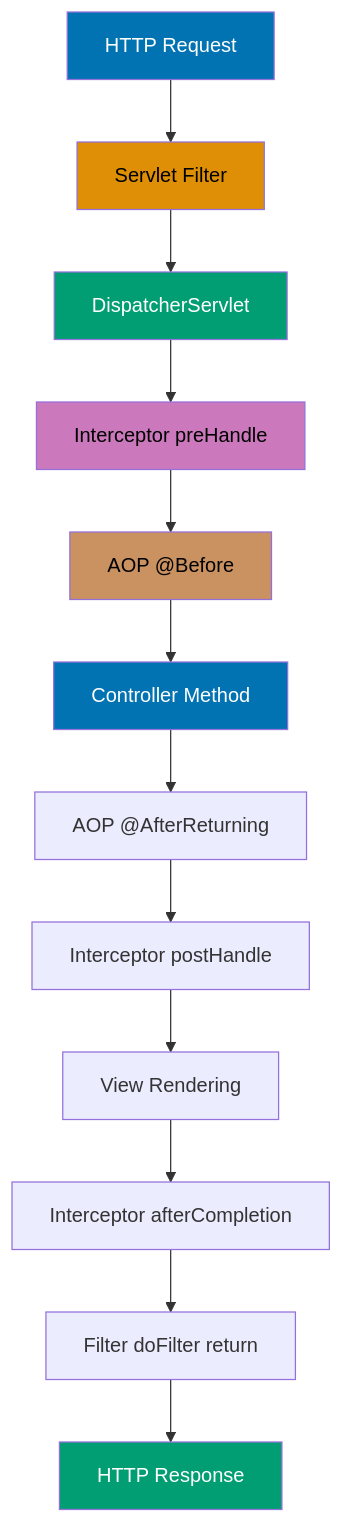
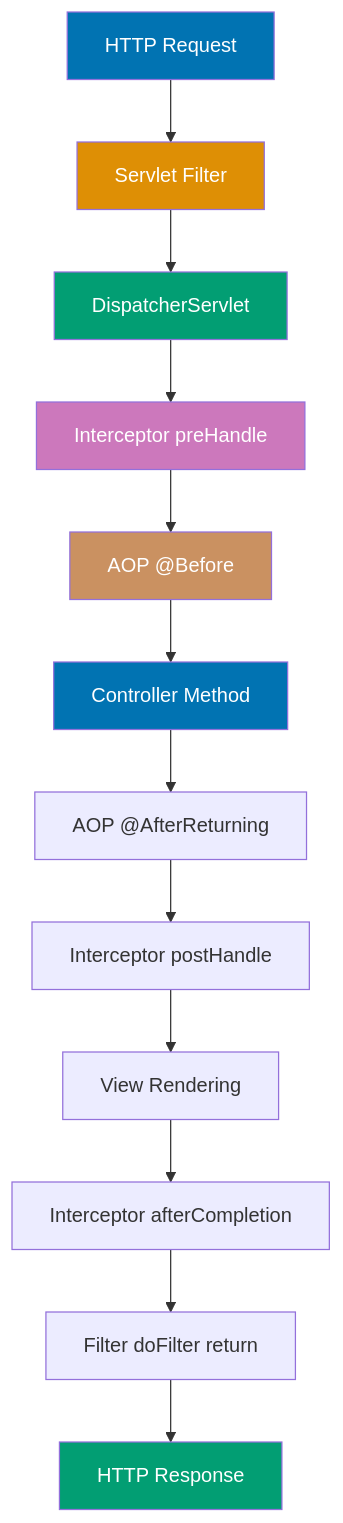
Before and after one commit to wahidyankf/open-sharia-enterprise: the tenth of 10 diagrams in apps/ayokoding-web/content/en/learn/software-engineering/platform-web/tools/jvm-spring-boot/by-example/intermediate.md, drawn with Mermaid. The commit also changed other lines of this file and 61 other files, not shown here.

First line of the commit message:
fix(ayokoding-web): quote Mermaid node labels with special characters in Example 63

````diff
--- a/apps/ayokoding-web/content/en/learn/software-engineering/platform-web/tools/jvm-spring-boot/by-example/intermediate.md
+++ b/apps/ayokoding-web/content/en/learn/software-engineering/platform-web/tools/jvm-spring-boot/by-example/intermediate.md
@@ -5049,23 +5049,23 @@
 ```mermaid
 %% Color Palette: Blue #0173B2, Orange #DE8F05, Teal #029E73, Purple #CC78BC, Brown #CA9161
 flowchart TD
     Request[HTTP Request] --> Filter[Servlet Filter]
     Filter --> DispatcherServlet[DispatcherServlet]
     DispatcherServlet --> InterceptorPre[Interceptor preHandle]
     InterceptorPre --> AOP_Before[AOP @Before]
     AOP_Before --> Controller[Controller Method]
     Controller --> AOP_After[AOP @AfterReturning]
     AOP_After --> InterceptorPost[Interceptor postHandle]
     InterceptorPost --> View[View Rendering]
     View --> InterceptorAfter[Interceptor afterCompletion]
     InterceptorAfter --> FilterAfter[Filter doFilter return]
     FilterAfter --> Response[HTTP Response]
 
     style Request fill:#0173B2,color:#fff
-    style Filter fill:#DE8F05,color:#000
+    style Filter fill:#DE8F05,color:#fff
     style DispatcherServlet fill:#029E73,color:#fff
-    style InterceptorPre fill:#CC78BC,color:#000
-    style AOP_Before fill:#CA9161,color:#000
+    style InterceptorPre fill:#CC78BC,color:#fff
+    style AOP_Before fill:#CA9161,color:#fff
     style Controller fill:#0173B2,color:#fff
     style Response fill:#029E73,color:#fff
 ```
````
